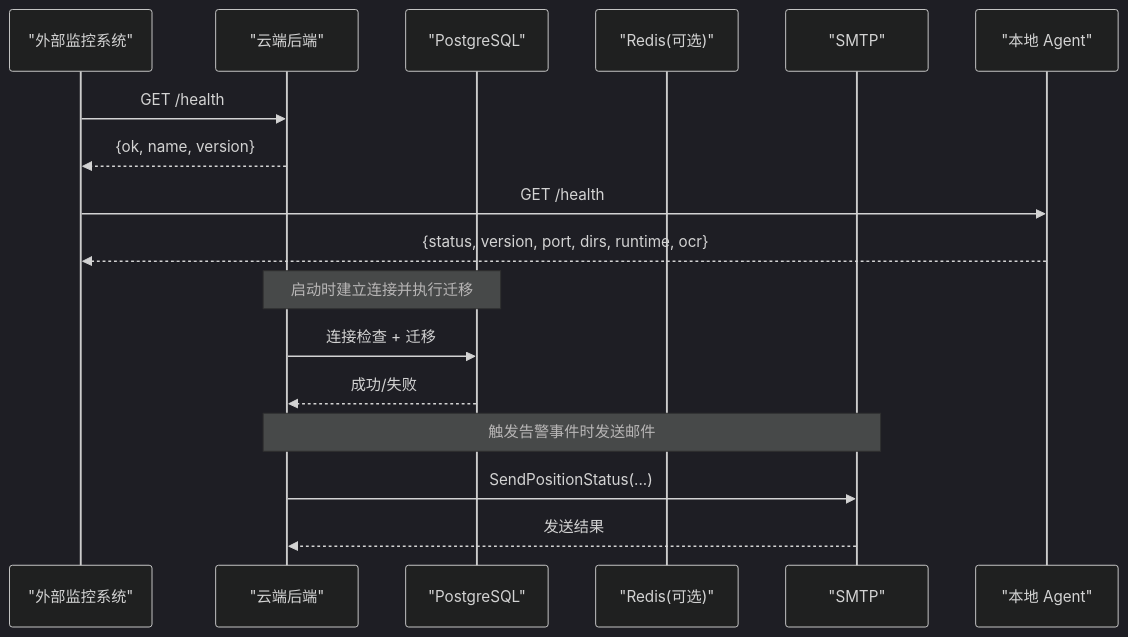
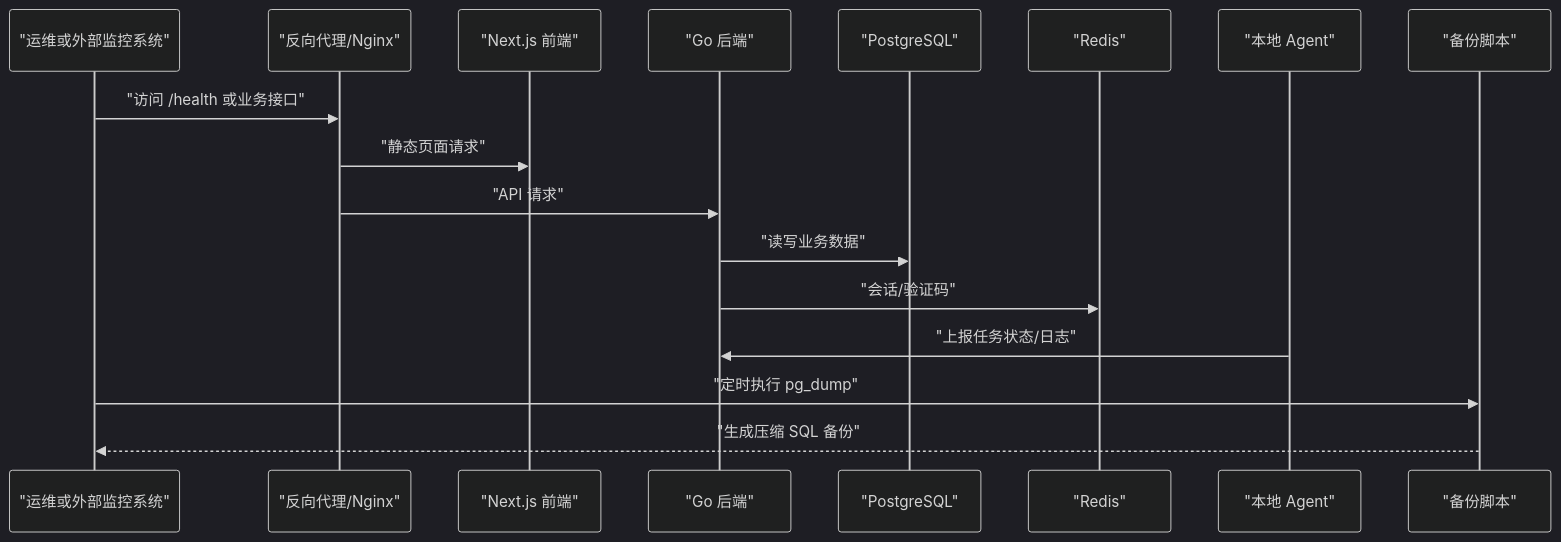
The second of 4 diagrams in .qoder/repowiki/zh/content/部署指南/生产环境部署/监控告警与备份恢复.md (alvinwangzi/goodhr), drawn with Mermaid (dark theme) before and after one commit. The commit also changed other lines of this file and 149 other files, not shown here.

````diff
--- a/.qoder/repowiki/zh/content/部署指南/生产环境部署/监控告警与备份恢复.md
+++ b/.qoder/repowiki/zh/content/部署指南/生产环境部署/监控告警与备份恢复.md
@@ -85,19 +102,19 @@
 ```mermaid
 sequenceDiagram
-participant Mon as "外部监控系统"
-participant Cloud as "云端后端"
-participant DB as "PostgreSQL"
-participant Cache as "Redis(可选)"
-participant Mail as "SMTP"
-participant Agent as "本地 Agent"
-Mon->>Cloud : GET /health
-Cloud-->>Mon : {ok, name, version}
-Mon->>Agent : GET /health
-Agent-->>Mon : {status, version, port, dirs, runtime, ocr}
-Note over Cloud,DB : 启动时建立连接并执行迁移
-Cloud->>DB : 连接检查 + 迁移
-DB-->>Cloud : 成功/失败
-Note over Cloud,Mail : 触发告警事件时发送邮件
-Cloud->>Mail : SendPositionStatus(...)
-Mail-->>Cloud : 发送结果
+participant Ops as "运维或外部监控系统"
+participant NGINX as "反向代理/Nginx"
+participant FE as "Next.js 前端"
+participant BE as "Go 后端"
+participant PG as "PostgreSQL"
+participant RD as "Redis"
+participant AG as "本地 Agent"
+participant BK as "备份脚本"
+Ops->>NGINX : "访问 /health 或业务接口"
+NGINX->>FE : "静态页面请求"
+NGINX->>BE : "API 请求"
+BE->>PG : "读写业务数据"
+BE->>RD : "会话/验证码"
+AG->>BE : "上报任务状态/日志"
+Ops->>BK : "定时执行 pg_dump"
+BK-->>Ops : "生成压缩 SQL 备份"
 ```
````
